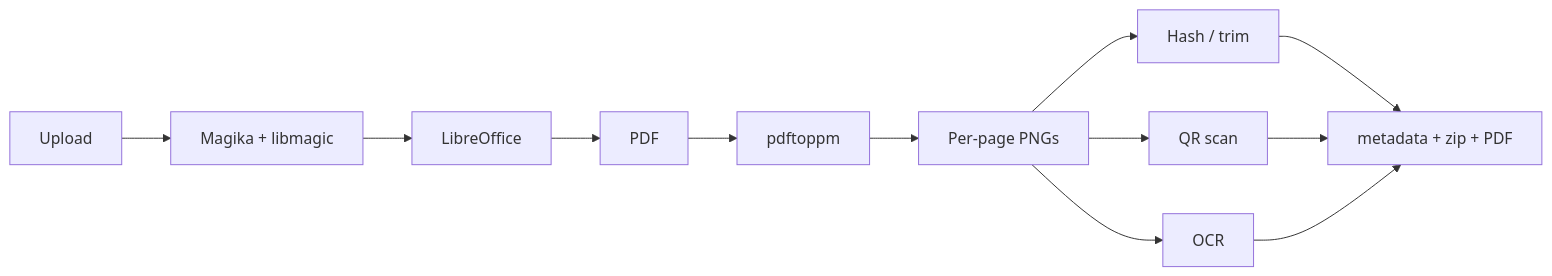
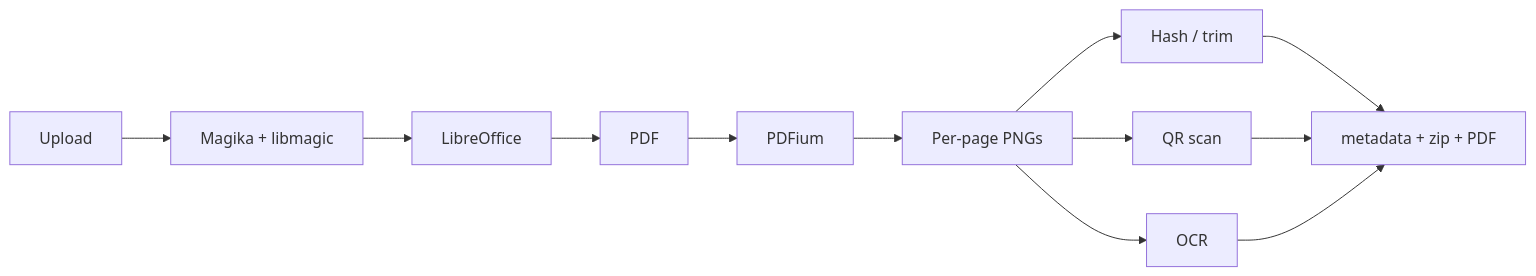
The fourth of 4 diagrams in README.md (wmetcalf/clippyshot), drawn with Mermaid before and after one commit. The commit also changed other lines of this file and 17 other files, not shown here.

````diff
--- a/README.md
+++ b/README.md
@@ -237,14 +238,14 @@
 ```mermaid
 flowchart LR
     upload[Upload] --> detect[Magika + libmagic]
     detect --> soffice[LibreOffice]
     soffice --> pdf[PDF]
-    pdf --> rast[pdftoppm]
+    pdf --> rast[PDFium]
     rast --> pages[Per-page PNGs]
     pages --> hash[Hash / trim]
     pages --> qr[QR scan]
     pages --> ocr[OCR]
     hash --> out[metadata + zip + PDF]
     qr --> out
     ocr --> out
 ```
````
